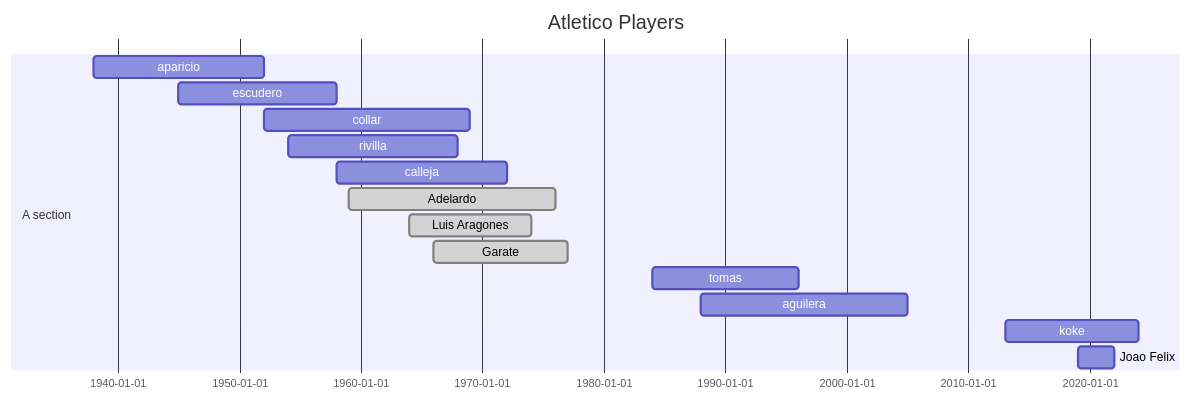
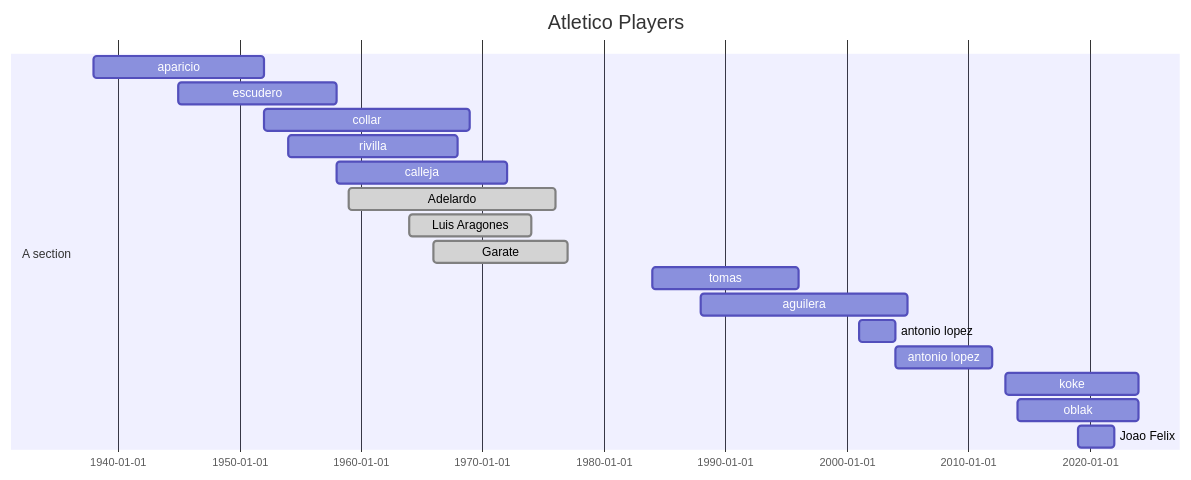
The second of 5 diagrams in README.md (sarnobat/mermaid), drawn with Mermaid before and after one commit.

````diff
--- a/README.md
+++ b/README.md
@@ -87,19 +87,22 @@
 ```mermaid
 gantt
 dateFormat  YYYY
 title Atletico Players
 
 section A section
 aparicio    : 1938,1952
 escudero : 1945,1958
 collar    : 1952,1969
 rivilla    : 1954,1968
 calleja    : 1958,1972
 Adelardo               :done,  1959,1976
 Luis Aragones            :done,    1964,1974
 Garate:done,1966,1977
 tomas    : 1984,1996
 aguilera : 1988 , 2005
+antonio lopez: 2001, 2004
+antonio lopez: 2004, 2012
 koke    : 2013,2024
+oblak    : 2014,2024
 Joao Felix               :         2019, 2022
 ```
````
